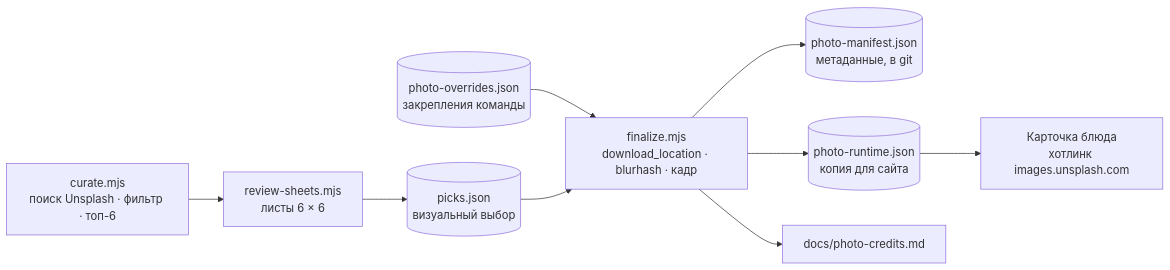
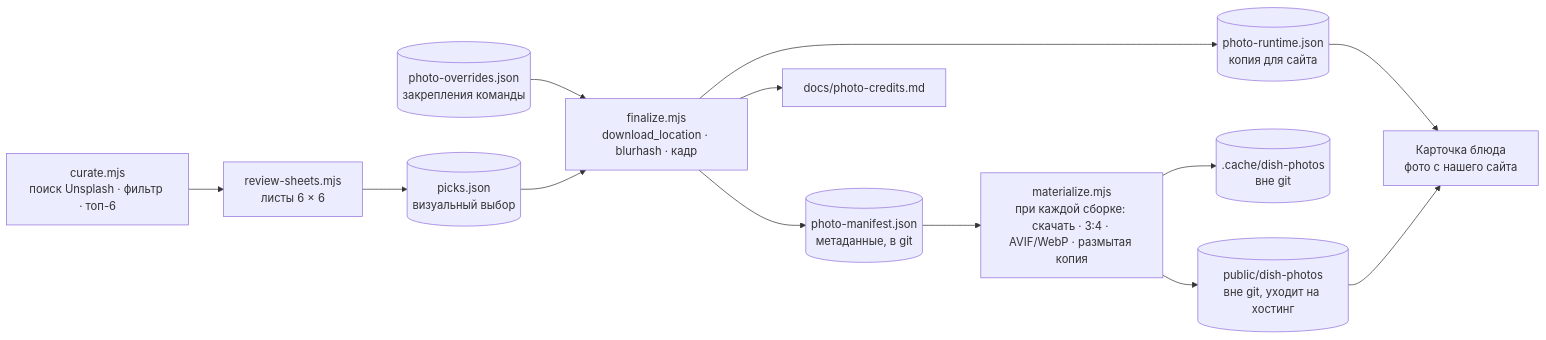
Before and after one commit to myxastar2010-cloud/Refectorio-project: the sixth of 6 diagrams in docs/architecture.md, drawn with Mermaid. The commit also changed other lines of this file and 26 other files, not shown here.

First line of the commit message:
feat(photos): serve the dish photos from our own origin, without a credit line in the game

````diff
--- a/docs/architecture.md
+++ b/docs/architecture.md
@@ -148,11 +149,15 @@
 ```mermaid
 flowchart LR
   curate[curate.mjs<br/>поиск Unsplash · фильтр · топ-6] --> sheets[review-sheets.mjs<br/>листы 6 × 6]
   sheets --> picks[(picks.json<br/>визуальный выбор)]
   overrides[(photo-overrides.json<br/>закрепления команды)] --> finalize
   picks --> finalize[finalize.mjs<br/>download_location · blurhash · кадр]
   finalize --> manifest[(photo-manifest.json<br/>метаданные, в git)]
   finalize --> runtime[(photo-runtime.json<br/>копия для сайта)]
   finalize --> credits[docs/photo-credits.md]
-  runtime --> card[Карточка блюда<br/>хотлинк images.unsplash.com]
+  manifest --> materialize[materialize.mjs<br/>при каждой сборке: скачать · 3:4 · AVIF/WebP · размытая копия]
+  materialize --> cache[(.cache/dish-photos<br/>вне git)]
+  materialize --> public[(public/dish-photos<br/>вне git, уходит на хостинг)]
+  runtime --> card[Карточка блюда<br/>фото с нашего сайта]
+  public --> card
 ```
````
